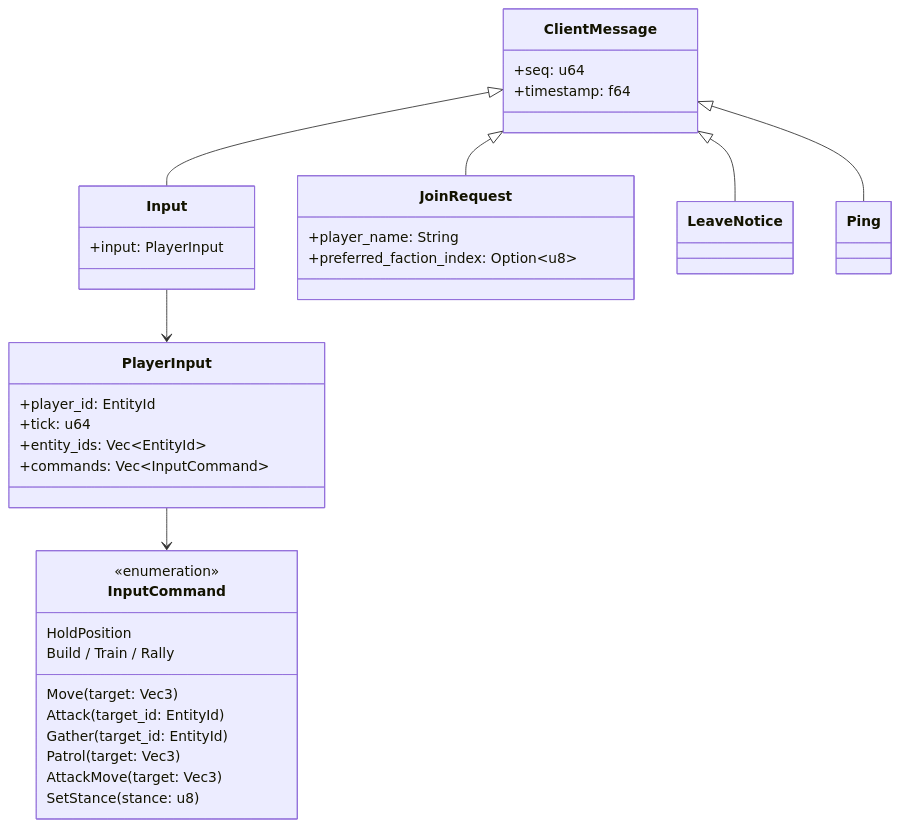
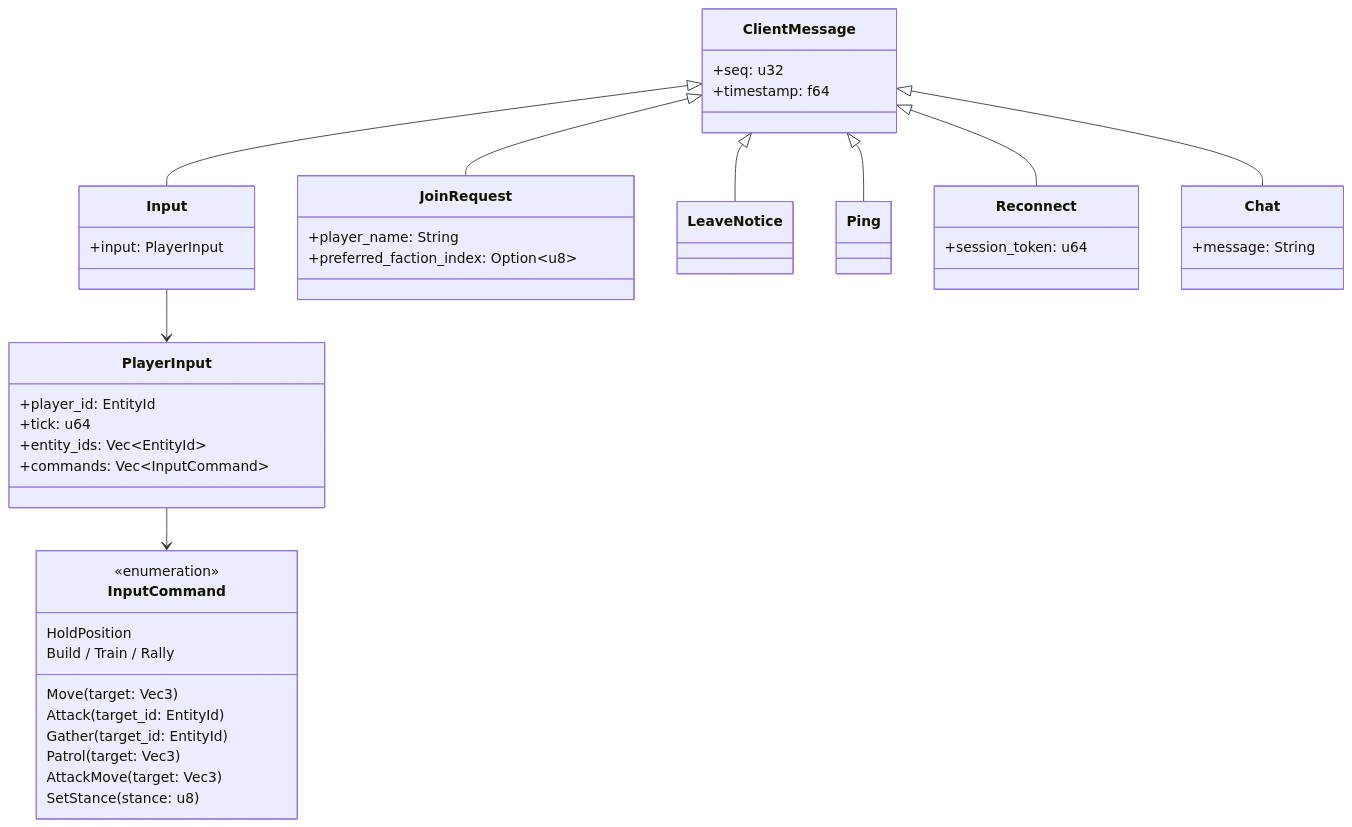
One commit to pashaydev/RTS changed the fourth of 11 diagrams in docs/multiplayer-architecture.md. Above: the diagram before and after it, drawn with Mermaid. The commit also changed other lines of this file and 105 other files, not shown here.

````diff
--- a/docs/multiplayer-architecture.md
+++ b/docs/multiplayer-architecture.md
@@ -229,44 +229,52 @@
 ```mermaid
 classDiagram
     class ClientMessage {
-        +seq: u64
+        +seq: u32
         +timestamp: f64
     }
     class Input {
         +input: PlayerInput
     }
     class JoinRequest {
         +player_name: String
         +preferred_faction_index: Option~u8~
     }
     class LeaveNotice
     class Ping
+    class Reconnect {
+        +session_token: u64
+    }
+    class Chat {
+        +message: String
+    }
 
     ClientMessage <|-- Input
     ClientMessage <|-- JoinRequest
     ClientMessage <|-- LeaveNotice
     ClientMessage <|-- Ping
+    ClientMessage <|-- Reconnect
+    ClientMessage <|-- Chat
 
     class PlayerInput {
         +player_id: EntityId
         +tick: u64
         +entity_ids: Vec~EntityId~
         +commands: Vec~InputCommand~
     }
 
     Input --> PlayerInput
 
     class InputCommand {
         <<enumeration>>
         Move(target: Vec3)
         Attack(target_id: EntityId)
         Gather(target_id: EntityId)
         Patrol(target: Vec3)
         AttackMove(target: Vec3)
         HoldPosition
         SetStance(stance: u8)
         Build / Train / Rally
     }
 
     PlayerInput --> InputCommand
 ```
````
